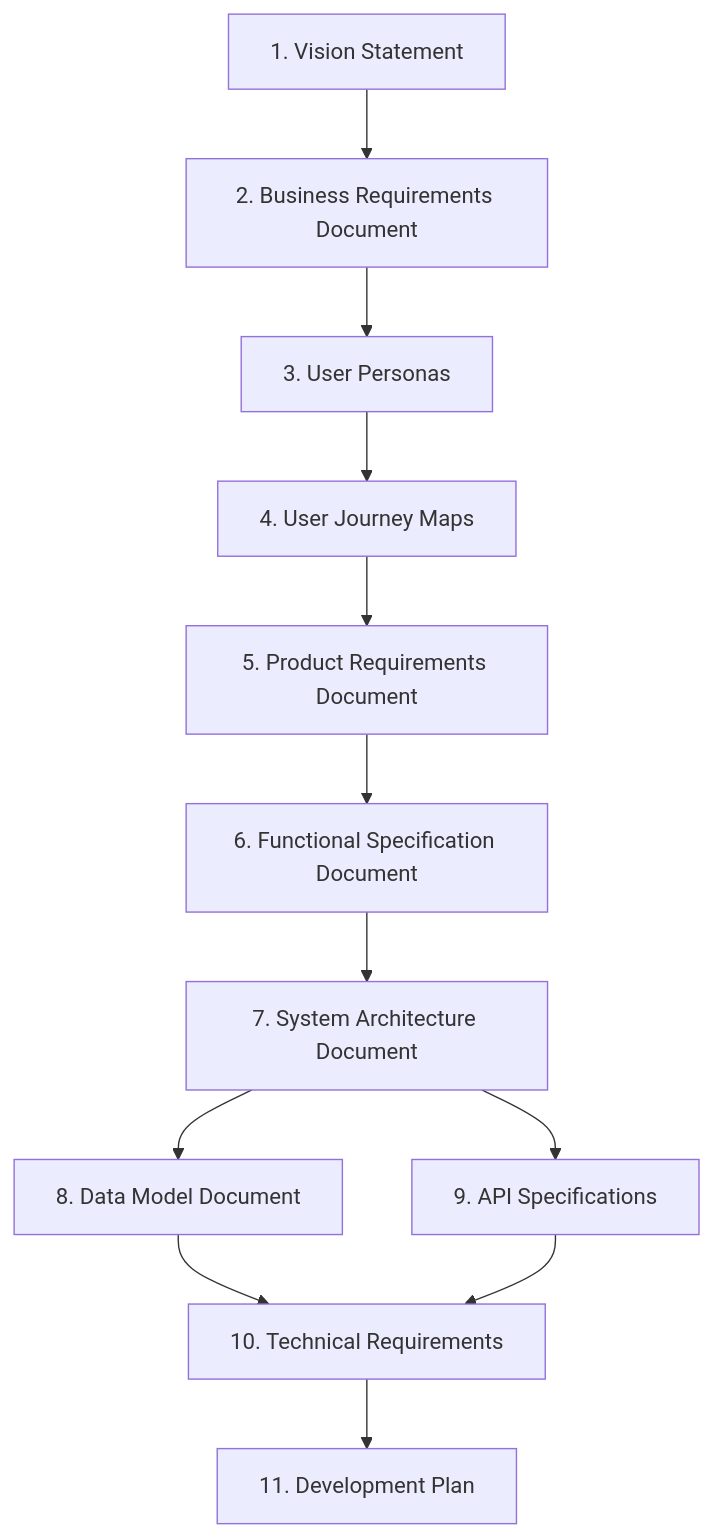
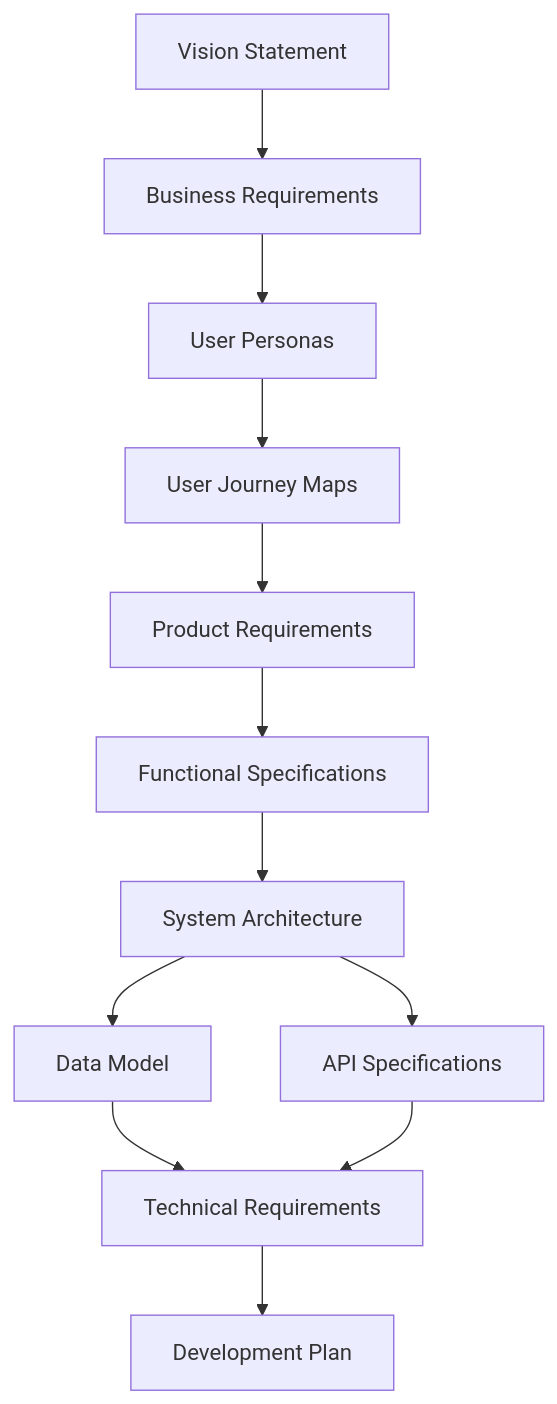
The diagram in README.md (mattdlong/spec-prompts), drawn with Mermaid before and after one commit.

Commit message:
Fix Mermaid diagram in README to display properly on GitHub

````diff
--- a/README.md
+++ b/README.md
@@ -18,14 +18,14 @@
 ```mermaid
 graph TD
-    A[1. Vision Statement] --> B[2. Business Requirements Document]
-    B --> C[3. User Personas]
-    C --> D[4. User Journey Maps]
-    D --> E[5. Product Requirements Document]
-    E --> F[6. Functional Specification Document]
-    F --> G[7. System Architecture Document]
-    G --> H[8. Data Model Document]
-    G --> I[9. API Specifications]
-    H --> J[10. Technical Requirements]
+    A["Vision Statement"] --> B["Business Requirements"]
+    B --> C["User Personas"]
+    C --> D["User Journey Maps"]
+    D --> E["Product Requirements"]
+    E --> F["Functional Specifications"]
+    F --> G["System Architecture"]
+    G --> H["Data Model"]
+    G --> I["API Specifications"]
+    H --> J["Technical Requirements"]
     I --> J
-    J --> K[11. Development Plan]
+    J --> K["Development Plan"]
 ```
````
